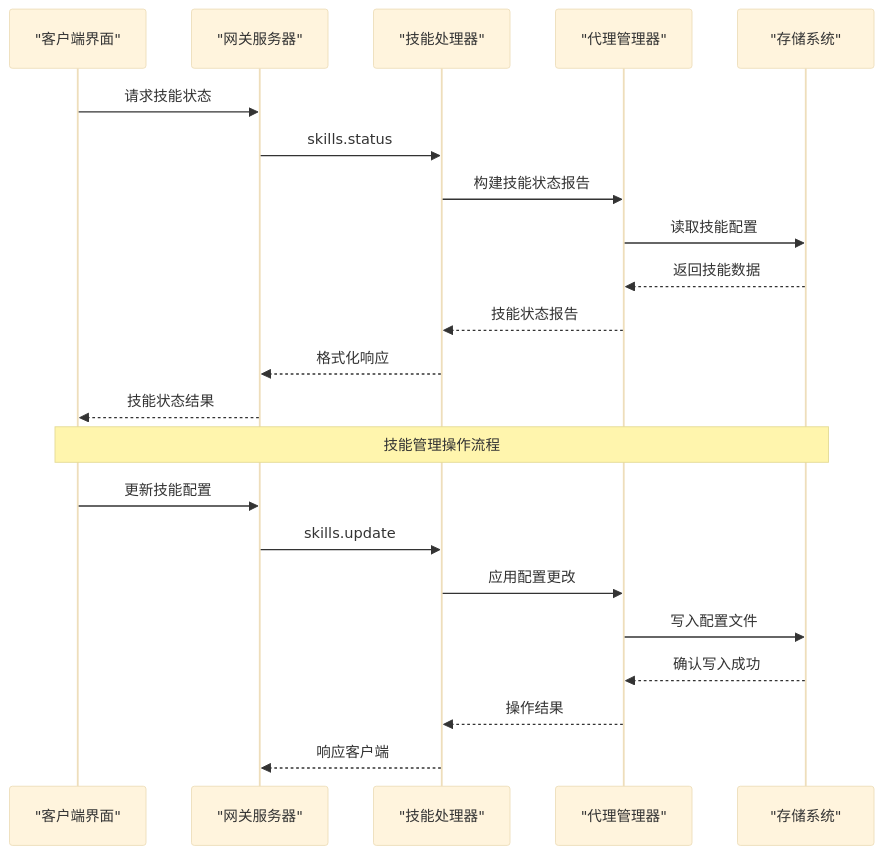
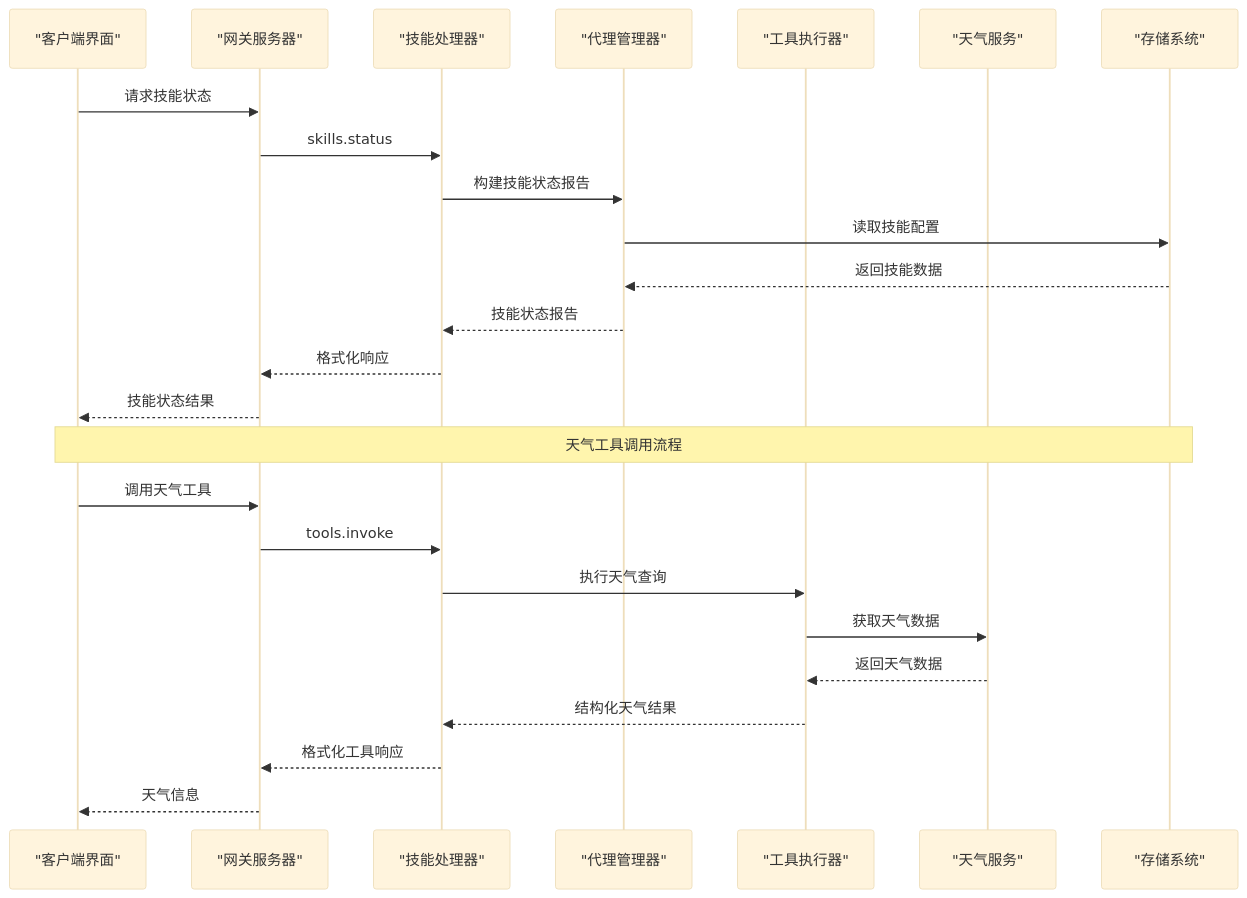
One commit to verse-ai-org/openclaw changed the second of 9 diagrams in .qoder/repowiki/zh/content/代理管理系统/技能配置系统增强.md. Above: the diagram before and after it, drawn with Mermaid (base theme). The commit also changed other lines of this file and 39 other files, not shown here.

````diff
--- a/.qoder/repowiki/zh/content/代理管理系统/技能配置系统增强.md
+++ b/.qoder/repowiki/zh/content/代理管理系统/技能配置系统增强.md
@@ -109,24 +134,27 @@
 ```mermaid
 sequenceDiagram
 participant Client as "客户端界面"
 participant Gateway as "网关服务器"
 participant Handler as "技能处理器"
 participant Agent as "代理管理器"
+participant Tool as "工具执行器"
+participant WeatherService as "天气服务"
 participant Storage as "存储系统"
 Client->>Gateway : 请求技能状态
 Gateway->>Handler : skills.status
 Handler->>Agent : 构建技能状态报告
 Agent->>Storage : 读取技能配置
 Storage-->>Agent : 返回技能数据
 Agent-->>Handler : 技能状态报告
 Handler-->>Gateway : 格式化响应
 Gateway-->>Client : 技能状态结果
-Note over Client,Storage : 技能管理操作流程
-Client->>Gateway : 更新技能配置
-Gateway->>Handler : skills.update
-Handler->>Agent : 应用配置更改
-Agent->>Storage : 写入配置文件
-Storage-->>Agent : 确认写入成功
-Agent-->>Handler : 操作结果
-Handler-->>Gateway : 响应客户端
+Note over Client,Storage : 天气工具调用流程
+Client->>Gateway : 调用天气工具
+Gateway->>Handler : tools.invoke
+Handler->>Tool : 执行天气查询
+Tool->>WeatherService : 获取天气数据
+WeatherService-->>Tool : 返回天气数据
+Tool-->>Handler : 结构化天气结果
+Handler-->>Gateway : 格式化工具响应
+Gateway-->>Client : 天气信息
 ```
````
